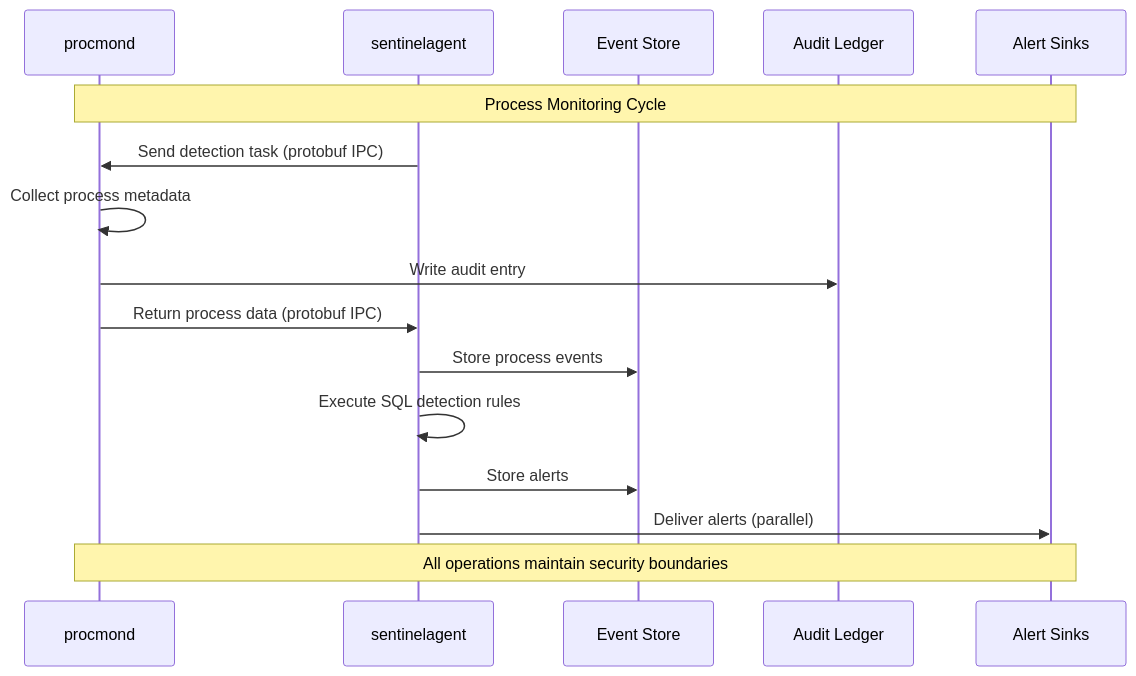
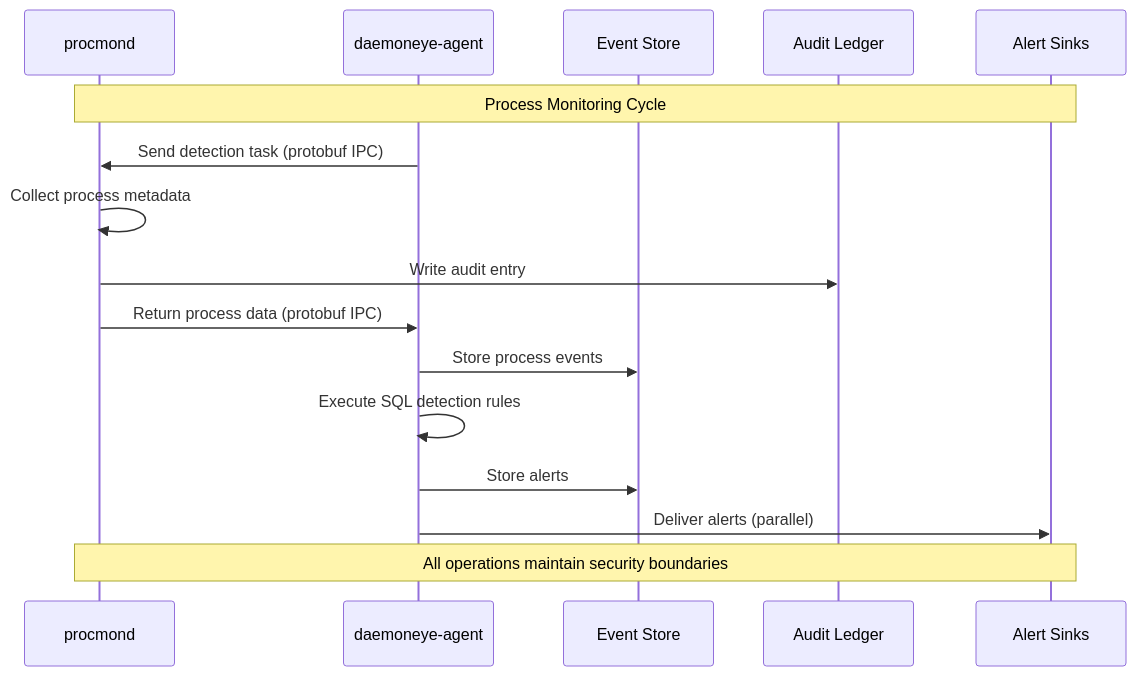
Before and after one commit to EvilBit-Labs/DaemonEye: the second of 3 diagrams in AGENTS.md, drawn with Mermaid. The commit also changed other lines of this file, not shown here.

````diff
--- a/AGENTS.md
+++ b/AGENTS.md
@@ -212,21 +212,21 @@
 ```mermaid
 sequenceDiagram
     participant P as procmond
-    participant A as sentinelagent
+    participant A as daemoneye-agent
     participant DB as Event Store
     participant AL as Audit Ledger
     participant S as Alert Sinks
 
     Note over P,S: Process Monitoring Cycle
 
     A->>P: Send detection task (protobuf IPC)
     P->>P: Collect process metadata
     P->>AL: Write audit entry
     P->>A: Return process data (protobuf IPC)
     A->>DB: Store process events
     A->>A: Execute SQL detection rules
     A->>DB: Store alerts
     A->>S: Deliver alerts (parallel)
 
     Note over P,S: All operations maintain security boundaries
 ```
````
